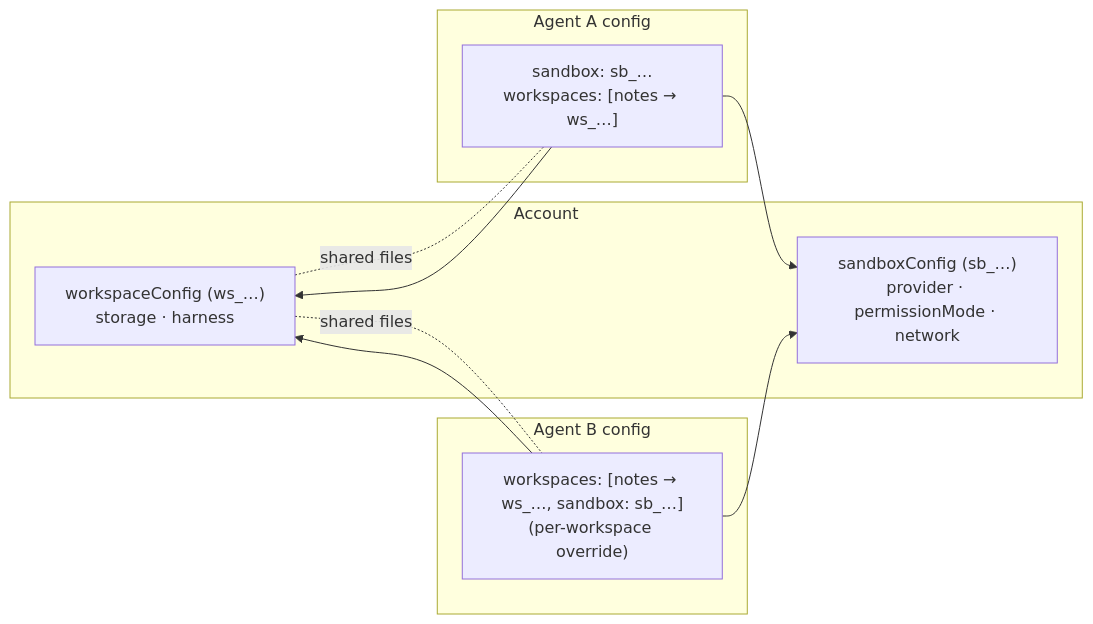
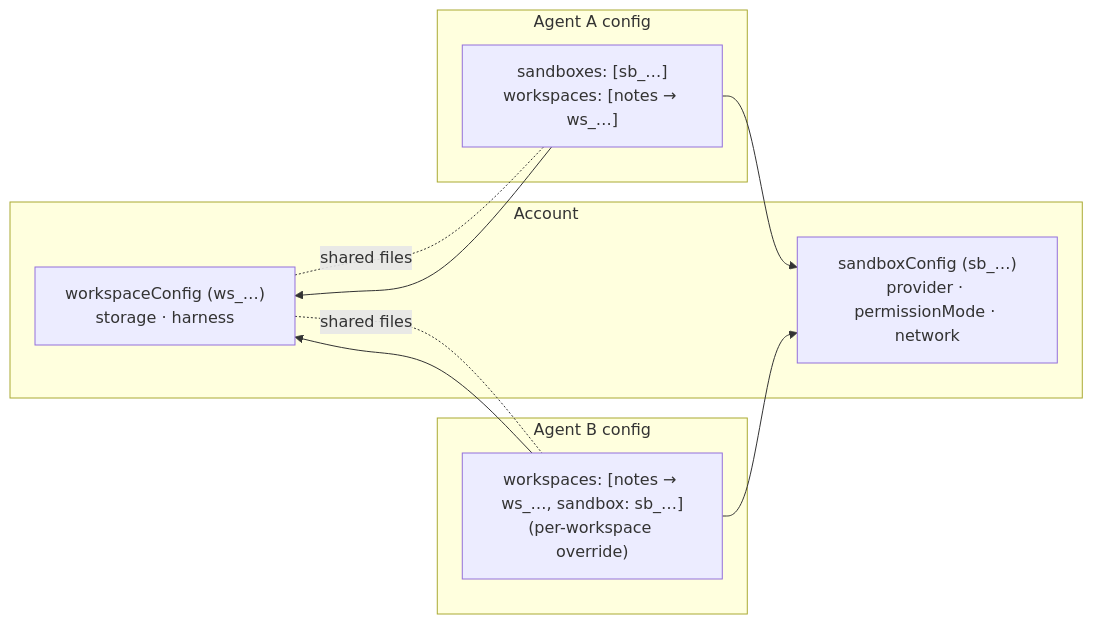
Before and after one commit to beeblastco/broods: the first of 3 diagrams in apps/docs/docs/workspace/index.md, drawn with Mermaid. The commit also changed other lines of this file and 71 other files, not shown here.

````diff
--- a/apps/docs/docs/workspace/index.md
+++ b/apps/docs/docs/workspace/index.md
@@ -30,19 +32,19 @@
 ```mermaid
 flowchart LR
   subgraph Account
     SB["sandboxConfig (sb_…)<br/>provider · permissionMode · network"]
     WS["workspaceConfig (ws_…)<br/>storage · harness"]
   end
   subgraph AgentA["Agent A config"]
-    A["sandbox: sb_…<br/>workspaces: [notes → ws_…]"]
+    A["sandboxes: [sb_…]<br/>workspaces: [notes → ws_…]"]
   end
   subgraph AgentB["Agent B config"]
     B["workspaces: [notes → ws_…, sandbox: sb_…]<br/>(per-workspace override)"]
   end
   A --> SB
   A --> WS
   B --> SB
   B --> WS
   WS -. shared files .- A
   WS -. shared files .- B
 ```
````
